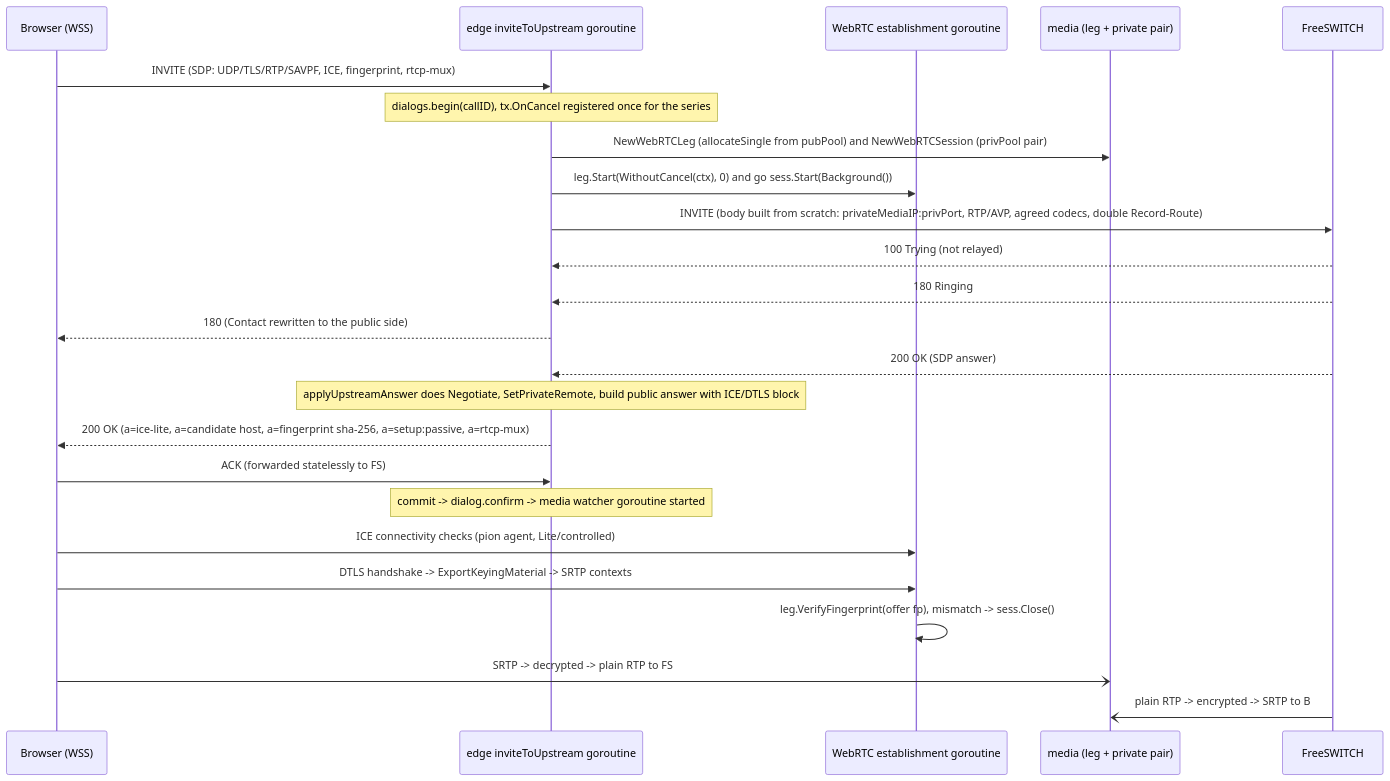
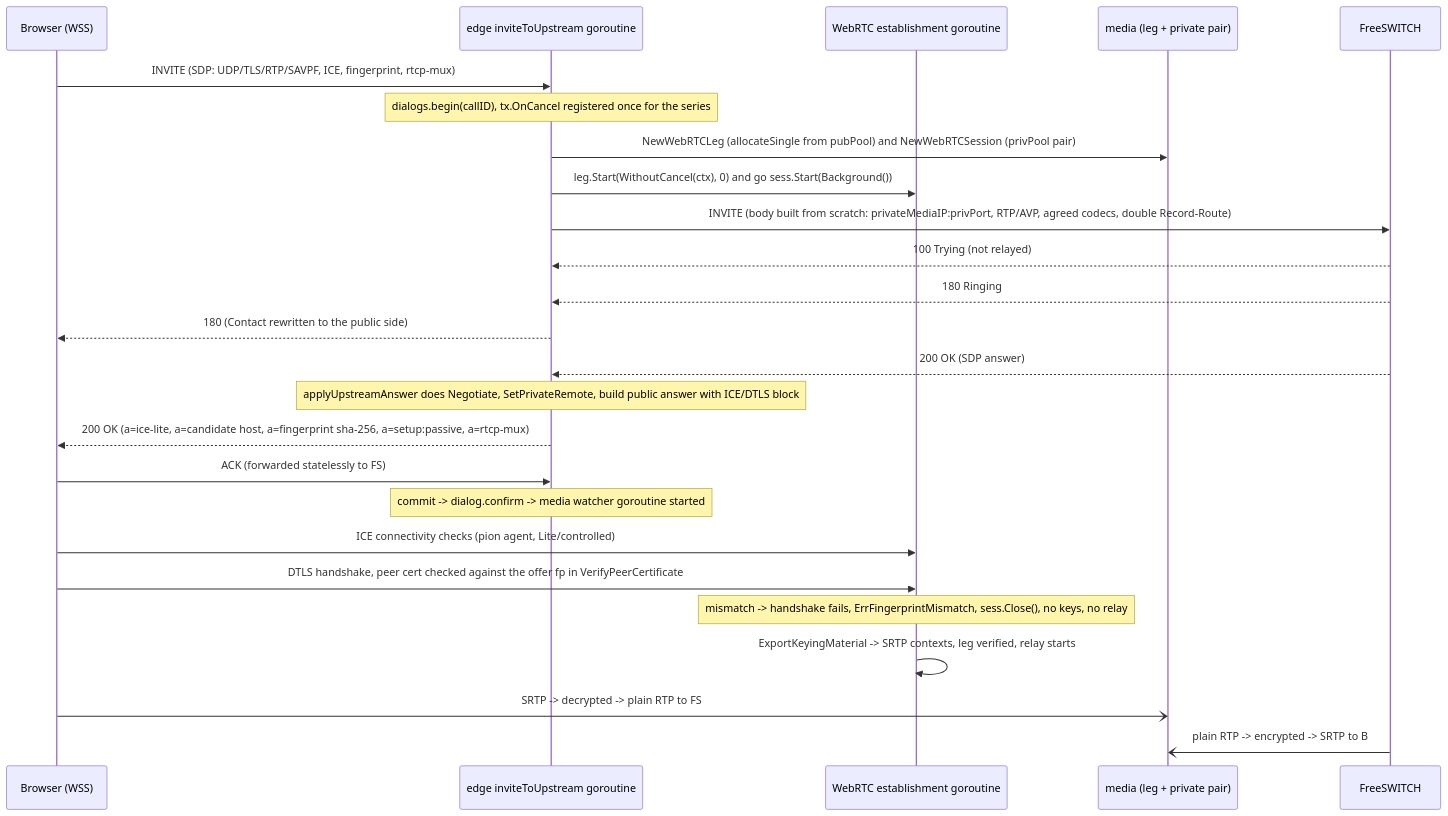
One commit to rasonyang/freesbc changed diagram 14 of 19 in docs/design.md. Above: the diagram before and after it, drawn with Mermaid. The commit also changed other lines of this file and 8 other files, not shown here.

````diff
--- a/docs/design.md
+++ b/docs/design.md
@@ -2328,27 +2345,28 @@
 ```mermaid
 sequenceDiagram
     participant B as Browser (WSS)
     participant H as edge inviteToUpstream goroutine
     participant E as WebRTC establishment goroutine
     participant M as media (leg + private pair)
     participant FS as FreeSWITCH
 
     B->>H: INVITE (SDP: UDP/TLS/RTP/SAVPF, ICE, fingerprint, rtcp-mux)
     Note over H: dialogs.begin(callID), tx.OnCancel registered once for the series
     H->>M: NewWebRTCLeg (allocateSingle from pubPool) and NewWebRTCSession (privPool pair)
     H->>E: leg.Start(WithoutCancel(ctx), 0) and go sess.Start(Background())
     H->>FS: INVITE (body built from scratch: privateMediaIP:privPort, RTP/AVP, agreed codecs, double Record-Route)
     FS-->>H: 100 Trying (not relayed)
     FS-->>H: 180 Ringing
     H-->>B: 180 (Contact rewritten to the public side)
     FS-->>H: 200 OK (SDP answer)
     Note over H: applyUpstreamAnswer does Negotiate, SetPrivateRemote, build public answer with ICE/DTLS block
     H-->>B: 200 OK (a=ice-lite, a=candidate host, a=fingerprint sha-256, a=setup:passive, a=rtcp-mux)
     B->>H: ACK (forwarded statelessly to FS)
     Note over H: commit -> dialog.confirm -> media watcher goroutine started
     B->>E: ICE connectivity checks (pion agent, Lite/controlled)
-    B->>E: DTLS handshake -> ExportKeyingMaterial -> SRTP contexts
-    E->>E: leg.VerifyFingerprint(offer fp), mismatch -> sess.Close()
+    B->>E: DTLS handshake, peer cert checked against the offer fp in VerifyPeerCertificate
+    Note over E: mismatch -> handshake fails, ErrFingerprintMismatch, sess.Close(), no keys, no relay
+    E->>E: ExportKeyingMaterial -> SRTP contexts, leg verified, relay starts
     B-)M: SRTP -> decrypted -> plain RTP to FS
     FS-)M: plain RTP -> encrypted -> SRTP to B
 ```
````
